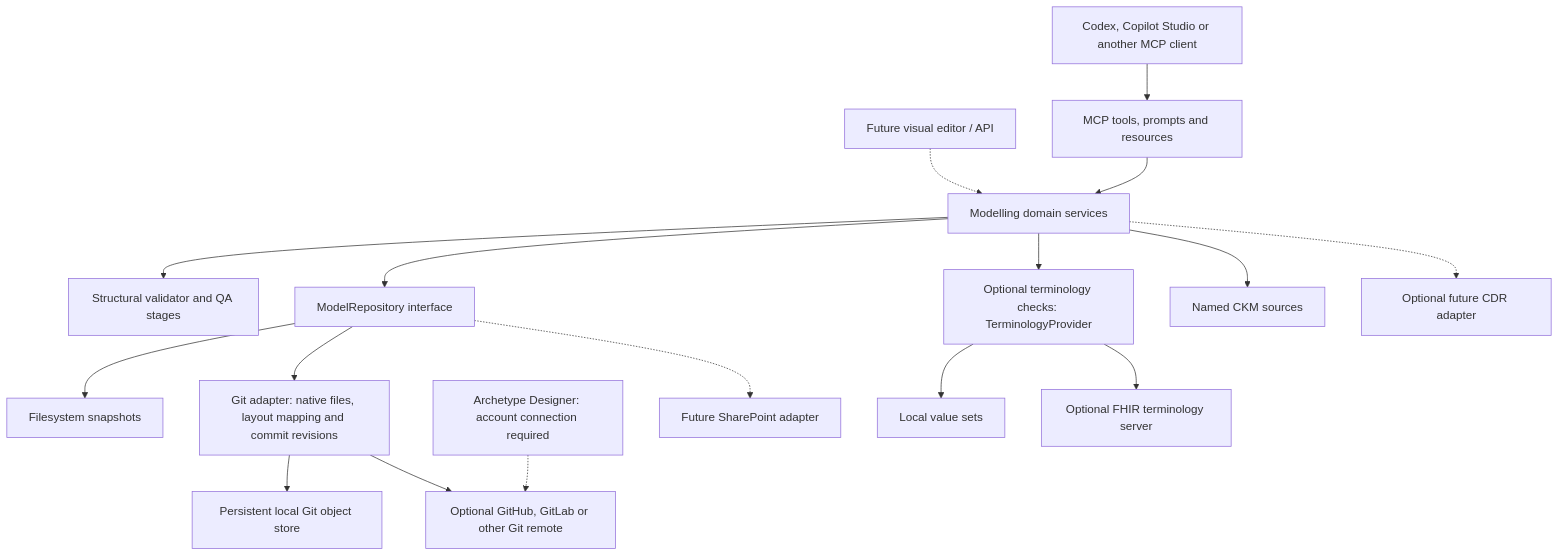
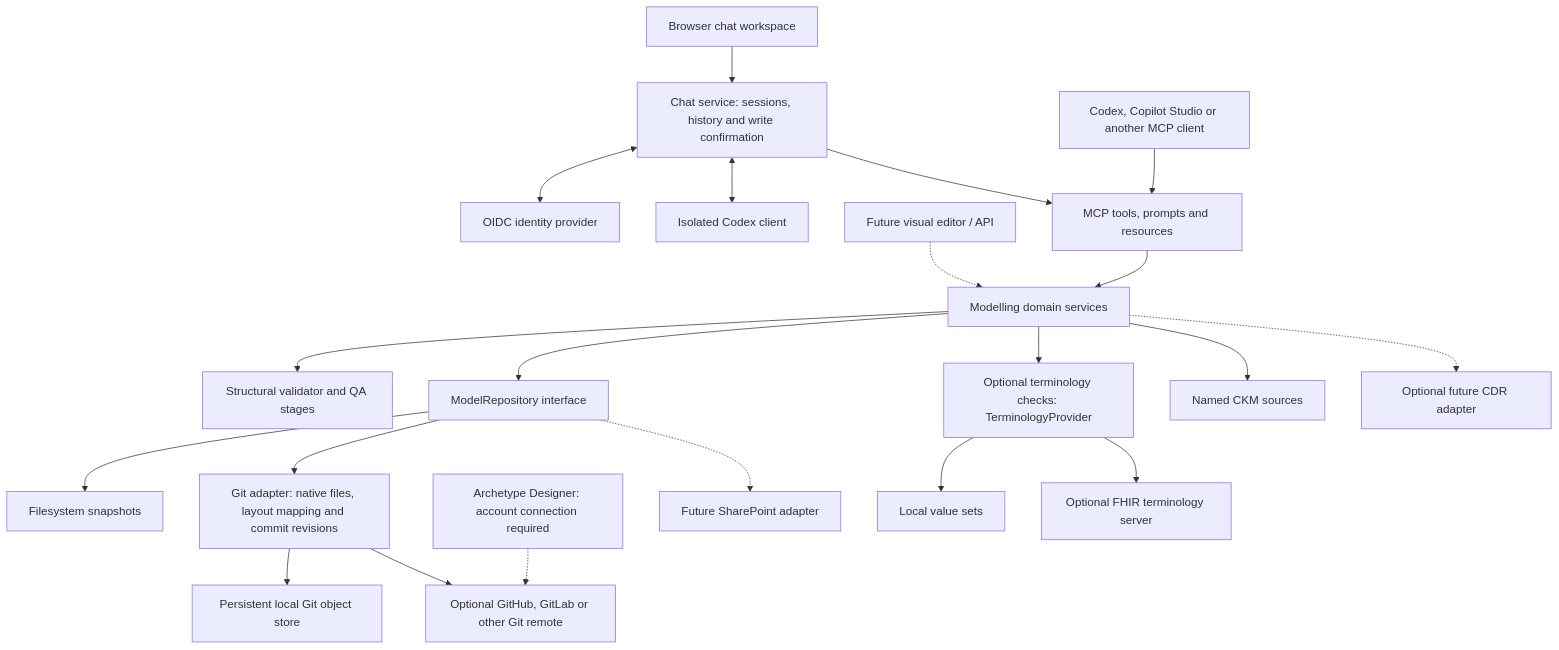
The diagram in docs/ARCHITECTURE.md (CzarMich/openehr-modelling-assistant), drawn with Mermaid before and after one commit. The commit also changed other lines of this file and 50 other files, not shown here.

Commit message:
feat(chat): add authenticated browser modelling workspace

````diff
--- a/docs/ARCHITECTURE.md
+++ b/docs/ARCHITECTURE.md
@@ -5,19 +5,23 @@
 ```mermaid
 flowchart TB
+    Browser[Browser chat workspace] --> Chat[Chat service: sessions, history and write confirmation]
+    Chat <--> Identity[OIDC identity provider]
+    Chat <--> Codex[Isolated Codex client]
+    Chat --> MCP[MCP tools, prompts and resources]
     AI[Codex, Copilot Studio or another MCP client] --> MCP[MCP tools, prompts and resources]
     UI[Future visual editor / API] -.-> Core[Modelling domain services]
     MCP --> Core
     Core --> Validation[Structural validator and QA stages]
     Core --> Repository[ModelRepository interface]
     Repository --> FS[Filesystem snapshots]
     Repository --> Git[Git adapter: native files, layout mapping and commit revisions]
     Git --> Cache[Persistent local Git object store]
     Git --> Remote[Optional GitHub, GitLab or other Git remote]
     Designer[Archetype Designer: account connection required] -.-> Remote
     Repository -.-> SP[Future SharePoint adapter]
     Core --> Terms[Optional terminology checks: TerminologyProvider]
     Terms --> Local[Local value sets]
     Terms --> FHIR[Optional FHIR terminology server]
     Core --> CKM[Named CKM sources]
     Core -.-> CDR[Optional future CDR adapter]
 ```
````
